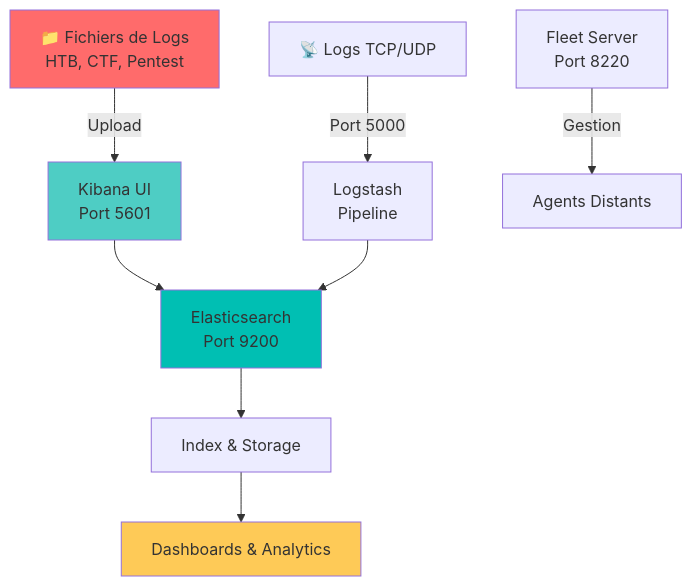
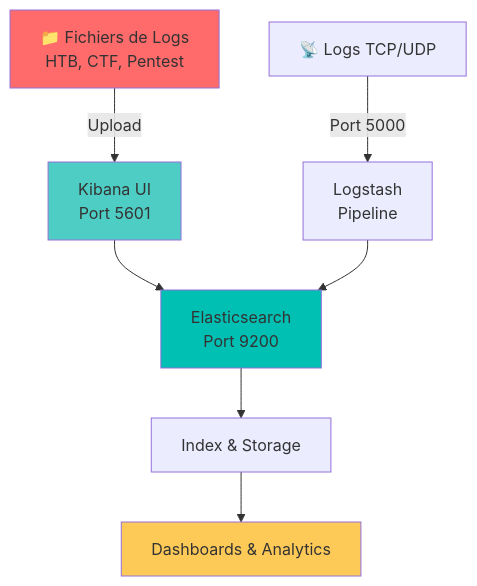
The diagram in README.md (FoottyS11/elastic-cdsa-stack), drawn with Mermaid before and after one commit. The commit also changed other lines of this file and 1 other file, not shown here.

````diff
--- a/README.md
+++ b/README.md
@@ -38,18 +38,16 @@
 ```mermaid
 graph TB
     A[📁 Fichiers de Logs<br/>HTB, CTF, Pentest] -->|Upload| B[Kibana UI<br/>Port 5601]
     C[📡 Logs TCP/UDP] -->|Port 5000| D[Logstash<br/>Pipeline]
     
     B --> G[Elasticsearch<br/>Port 9200]
     D --> G
     
     G --> H[Index & Storage]
     H --> I[Dashboards & Analytics]
     
-    J[Fleet Server<br/>Port 8220] -->|Gestion| K[Agents Distants]
-    
     style A fill:#ff6b6b
     style B fill:#4ecdc4
     style G fill:#00bfb3
     style I fill:#feca57
 ```
````
